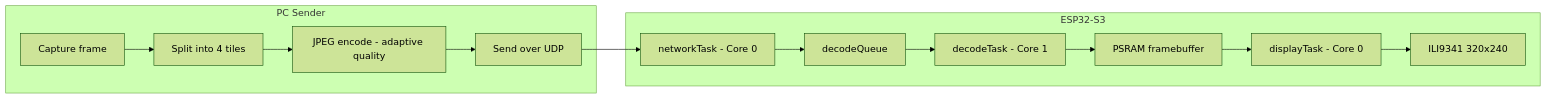
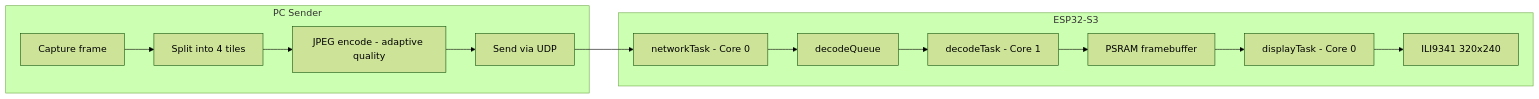
The diagram in README.md (RYUKIUN/S3-tinyTV), drawn with Mermaid (forest theme) before and after one commit. The commit also changed other lines of this file and 15 other files, not shown here.

````diff
--- a/README.md
+++ b/README.md
@@ -36,18 +71,18 @@
 ```mermaid
 flowchart LR
     subgraph PC[PC Sender]
         A[Capture frame] --> B[Split into 4 tiles]
         B --> C[JPEG encode - adaptive quality]
-        C --> D[Send over UDP]
+        C --> D[Send via UDP]
     end
 
     D --> E
 
     subgraph ESP[ESP32-S3]
         E[networkTask - Core 0] --> F[decodeQueue]
         F --> G[decodeTask - Core 1]
         G --> H[PSRAM framebuffer]
         H --> J[displayTask - Core 0]
         J --> K[ILI9341 320x240]
     end
 ```
````
